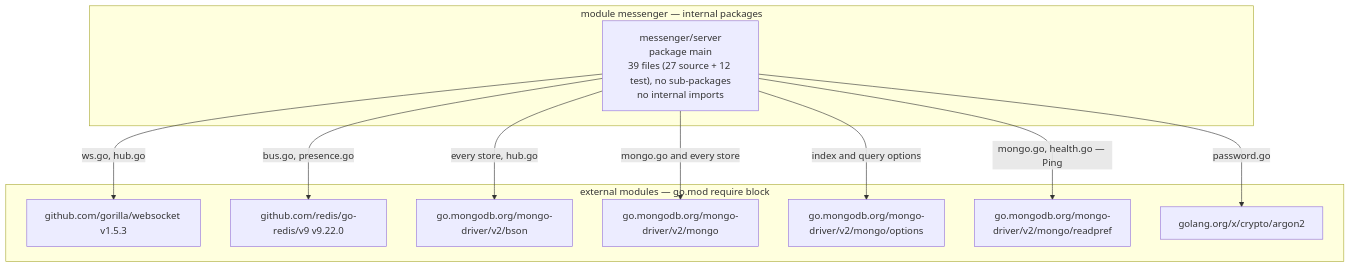
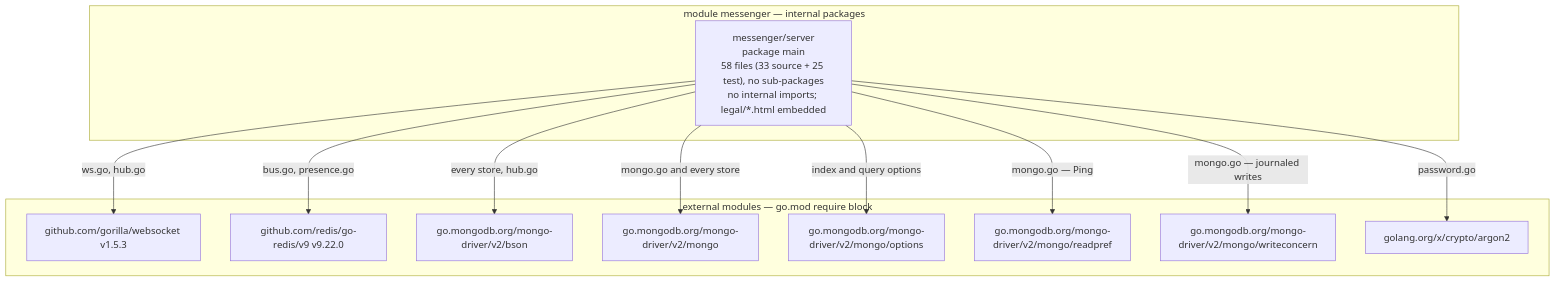
The diagram in docs/diagrams/packages.mmd (hdmtrn/nosql-messenger), drawn with Mermaid before and after one commit. The commit also changed 11 other files, not shown here.

```diff
--- a/docs/diagrams/packages.mmd
+++ b/docs/diagrams/packages.mmd
@@ -1,27 +1,29 @@
 %% Internal Go package dependencies.
 %% Source: `go list ./...` and `go list -f '{{.Imports}}' ./...` on go.mod module 'messenger'.
 %% There is exactly ONE internal package, so there are no internal edges to draw:
 %% every .go file under server/ is `package main`. The layering that a package
 %% graph would normally show lives in backend-architecture.mmd instead.
 flowchart TD
   subgraph internal["module messenger — internal packages"]
-    srv["messenger/server<br/>package main<br/>39 files (27 source + 12 test), no sub-packages<br/>no internal imports"]
+    srv["messenger/server<br/>package main<br/>58 files (33 source + 25 test), no sub-packages<br/>no internal imports; legal/*.html embedded"]
   end
 
   subgraph external["external modules — go.mod require block"]
     gws["github.com/gorilla/websocket v1.5.3"]
     grds["github.com/redis/go-redis/v9 v9.22.0"]
     bson["go.mongodb.org/mongo-driver/v2/bson"]
     mgo["go.mongodb.org/mongo-driver/v2/mongo"]
     mopt["go.mongodb.org/mongo-driver/v2/mongo/options"]
     mref["go.mongodb.org/mongo-driver/v2/mongo/readpref"]
+    mwc["go.mongodb.org/mongo-driver/v2/mongo/writeconcern"]
     argon["golang.org/x/crypto/argon2"]
   end
 
   srv -->|"ws.go, hub.go"| gws
   srv -->|"bus.go, presence.go"| grds
   srv -->|"every store, hub.go"| bson
   srv -->|"mongo.go and every store"| mgo
   srv -->|"index and query options"| mopt
-  srv -->|"mongo.go, health.go — Ping"| mref
+  srv -->|"mongo.go — Ping"| mref
+  srv -->|"mongo.go — journaled writes"| mwc
   srv -->|"password.go"| argon
```
